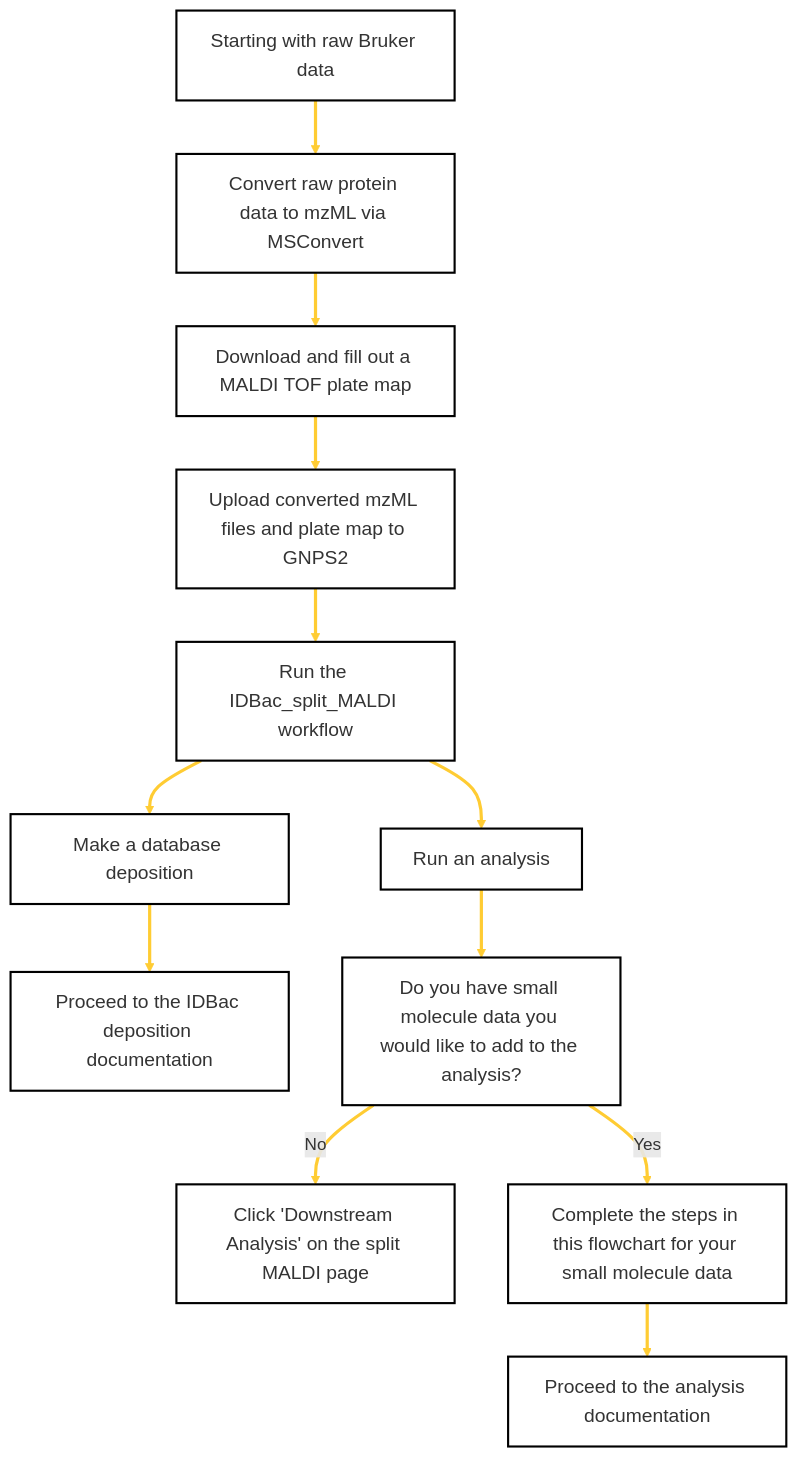
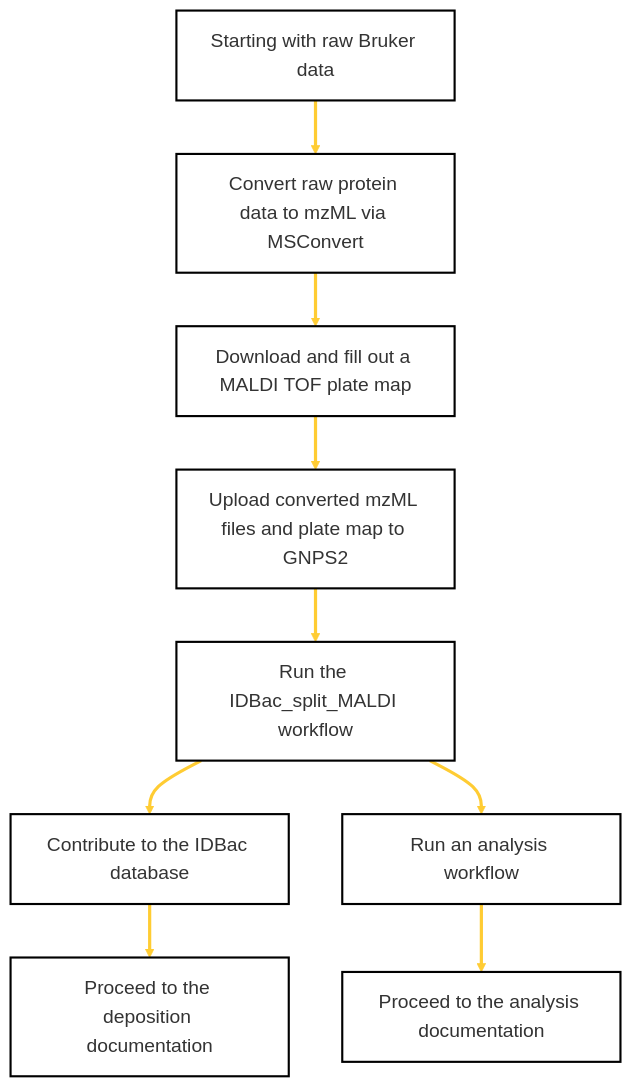
One commit to Wang-Bioinformatics-Lab/GNPS2_Documentation changed the diagram in docs/idbac-brukerstart-here.md. Above: the diagram before and after it, drawn with Mermaid.

````diff
--- a/docs/idbac-brukerstart-here.md
+++ b/docs/idbac-brukerstart-here.md
@@ -10,52 +10,43 @@
 ```mermaid
 flowchart TD
     A[Starting with raw Bruker data] --> B[Convert raw protein data to mzML via MSConvert]
     B --> C[Download and fill out a MALDI TOF plate map]
     C --> D[Upload converted mzML files and plate map to GNPS2]
     D --> E[Run the IDBac_split_MALDI workflow]
-    E --> F[Make a database deposition]
-    F --> G[Proceed to the IDBac deposition documentation]
-    E --> H[Run an analysis]
-    H --> I[Do you have small molecule data you would like to add to the analysis?]
-    I --> |No| J[Click 'Downstream Analysis' on the split MALDI page]
-    I --> |Yes| K[Complete the steps in this flowchart for your small molecule data]
-    K --> L[Proceed to the analysis documentation]
+    E --> F[Contribute to the IDBac database]
+    F --> G[Proceed to the deposition documentation]
+    E --> H[Run an analysis workflow]
+    H --> I[Proceed to the analysis documentation]
     
     click B href "https://proteowizard.sourceforge.io/"
     click C href "https://docs.google.com/spreadsheets/d/1ihFy6lQyJtWy9fp46ahMPWk7xLp2tJ3q/edit?usp=sharing&ouid=102573514213912402103&rtpof=true&sd=true"
     click D href "https://gnps2.org/homepage"
     click E href "https://gnps2.org/workflowinput?workflowname=idbac_split_maldi_workflow"
     click G href "https://wang-bioinformatics-lab.github.io/GNPS2_Documentation/idbacdepositions/)"
-    click L href "https://wang-bioinformatics-lab.github.io/GNPS2_Documentation/idbacsumbmitdata/"
+    click I href "https://wang-bioinformatics-lab.github.io/GNPS2_Documentation/idbacsumbmitdata/"
 
  %% Styling
     style A fill:#FFFFFF,stroke:#000000,stroke-width:2px,font-size:18px
     style B fill:#FFFFFF,stroke:#000000,stroke-width:2px,font-size:18px
     style C fill:#FFFFFF,stroke:#000000,stroke-width:2px,font-size:18px
     style D fill:#FFFFFF,stroke:#000000,stroke-width:2px,font-size:18px
     style E fill:#FFFFFF,stroke:#000000,stroke-width:2px,font-size:18px
     style F fill:#FFFFFF,stroke:#000000,stroke-width:2px,font-size:18px
     style G fill:#FFFFFF,stroke:#000000,stroke-width:2px,font-size:18px
     style H fill:#FFFFFF,stroke:#000000,stroke-width:2px,font-size:18px
-    style I fill:#FFFFFF,stroke:#000000,stroke-width:2px,font-size:18px
-    style J fill:#FFFFFF,stroke:#000000,stroke-width:2px,font-size:18px
-    style K fill:#FFFFFF,stroke:#000000,stroke-width:2px,font-size:18px
-    style L fill:#FFFFFF,stroke:#000000,stroke-width:2px,font-size:18px
-    
-   
+    style I fill:#FFFFFF,stroke:#000000,stroke-width:2px,font-size:18px 
 
 %% Link Styling
     linkStyle 0 stroke:#ffcc33,stroke-width:3px
     linkStyle 1 stroke:#ffcc33,stroke-width:3px
     linkStyle 2 stroke:#ffcc33,stroke-width:3px
     linkStyle 3 stroke:#ffcc33,stroke-width:3px
     linkStyle 4 stroke:#ffcc33,stroke-width:3px
     linkStyle 5 stroke:#ffcc33,stroke-width:3px
     linkStyle 6 stroke:#ffcc33,stroke-width:3px
     linkStyle 7 stroke:#ffcc33,stroke-width:3px
-    linkStyle 8 stroke:#ffcc33,stroke-width:3px
-    linkStyle 9 stroke:#ffcc33,stroke-width:3px
-    linkStyle 10 stroke:#ffcc33,stroke-width:3px
+  
+   
     
 
 ```
````
